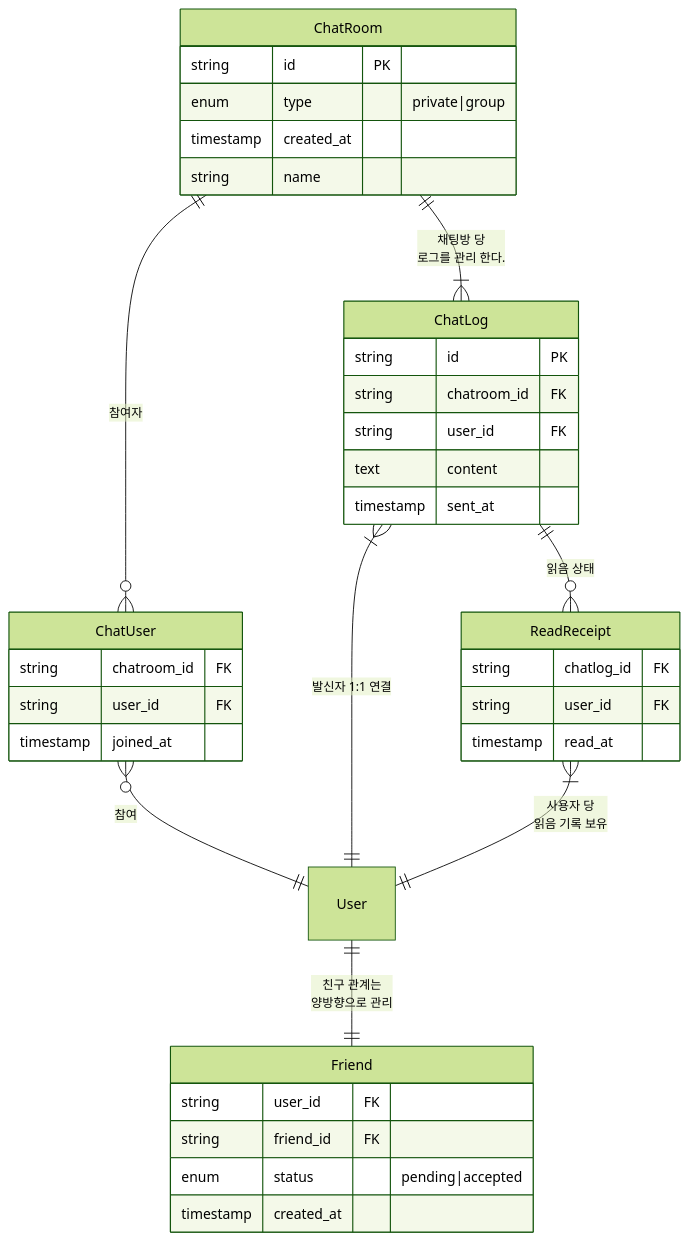
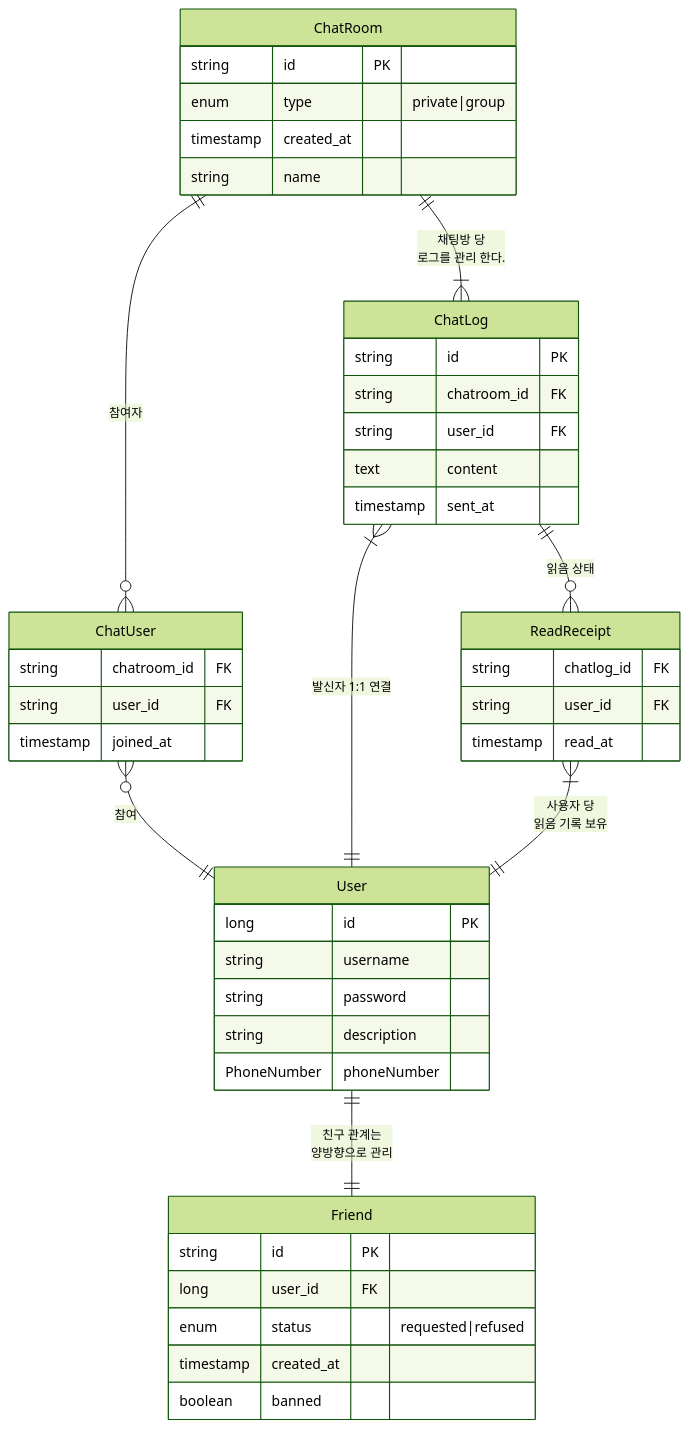
Before and after one commit to shurona/shrona-docs: the second of 2 diagrams in content/03. Spring/010. project/채팅 프로그램 제작 해보자.md, drawn with Mermaid (forest theme). The commit also changed 1 other file, not shown here.

Commit message:
Quartz sync: Apr 16, 2025, 5:18 PM

````diff
--- a/content/03. Spring/010. project/채팅 프로그램 제작 해보자.md
+++ b/content/03. Spring/010. project/채팅 프로그램 제작 해보자.md
@@ -26,50 +26,61 @@
 ```mermaid
 erDiagram
+
+	%% 유저 %%
+    User {
+        long id PK
+        string username
+        string password
+        string description
+        PhoneNumber phoneNumber
+    }    
+	
     %% 채팅 시스템 %%
     ChatRoom {
         string id PK
         enum type "private|group"
         timestamp created_at
         string name
     }
 
     %% 관계 테이블 %%
     Friend {
-        string user_id FK
-        string friend_id FK
-        enum status "pending|accepted"
+        string id PK
+        long user_id FK
+        enum status "requested|refused"
         timestamp created_at
+        boolean banned
     }
 
     ChatUser {
         string chatroom_id FK
         string user_id FK
         timestamp joined_at
     }
 
     ChatLog {
         string id PK
         string chatroom_id FK
         string user_id FK
         text content
         timestamp sent_at
     }
 
     ReadReceipt {
         string chatlog_id FK
         string user_id FK
         timestamp read_at
     }
 
 	%% 관계 설명 - 1 %%
 	ChatRoom ||--o{ ChatUser : "참여자"
     ChatLog ||--o{ ReadReceipt : "읽음 상태"
     
     %% 관계 설명 - 2 %%
     ChatUser }o--|| User : "참여"
     User ||--|| Friend : "친구 관계는<br/>양방향으로 관리"
     ChatRoom ||--|{ ChatLog : "채팅방 당<br/>로그를 관리 한다."
     ChatLog }|--|| User : "발신자 1:1 연결"
     ReadReceipt }|--|| User : "사용자 당<br/>읽음 기록 보유"
 
 ```
````
